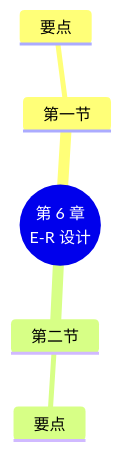
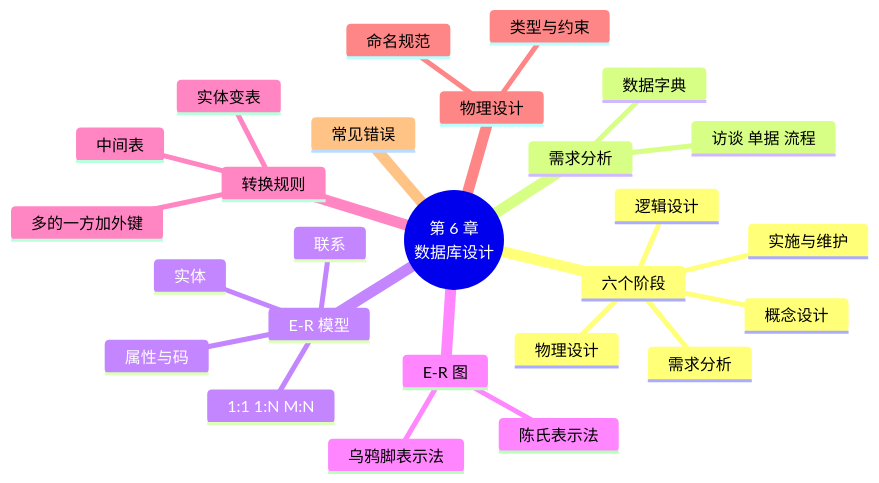
The seventh of 7 diagrams in docs/chapters/06-er-design/index.md (MingziFu9/database-textbook), drawn with Mermaid before and after one commit. The commit also changed other lines of this file and 5 other files, not shown here.

Commit message:
第 6 章：数据库设计与 E-R 图，3 个实验脚本已在 MySQL 8.4 实测

````diff
--- a/docs/chapters/06-er-design/index.md
+++ b/docs/chapters/06-er-design/index.md
@@ -185,8 +710,29 @@
 ```mermaid
 mindmap
-  root((第 6 章<br/>E-R 设计))
-    第一节
-      要点
-    第二节
-      要点
+  root((第 6 章<br/>数据库设计))
+    六个阶段
+      需求分析
+      概念设计
+      逻辑设计
+      物理设计
+      实施与维护
+    需求分析
+      访谈 单据 流程
+      数据字典
+    E-R 模型
+      实体
+      属性与码
+      联系
+      1:1 1:N M:N
+    E-R 图
+      陈氏表示法
+      乌鸦脚表示法
+    转换规则
+      实体变表
+      多的一方加外键
+      中间表
+    物理设计
+      类型与约束
+      命名规范
+    常见错误
 ```
````
